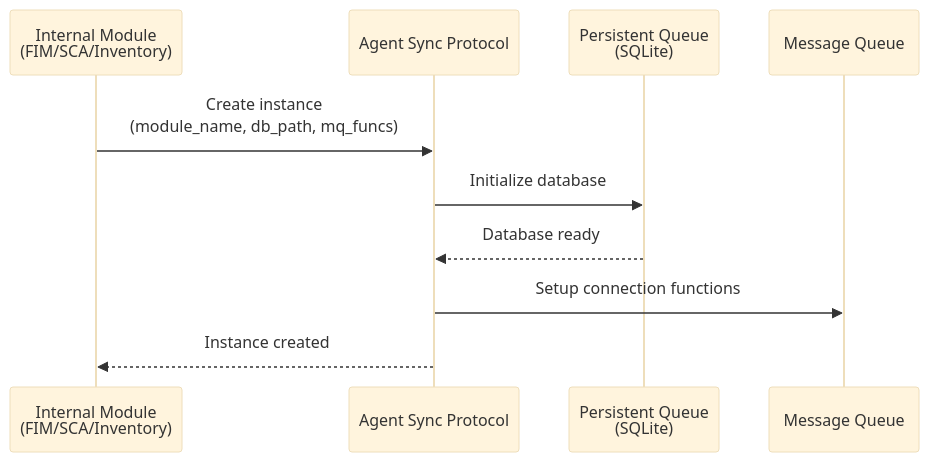
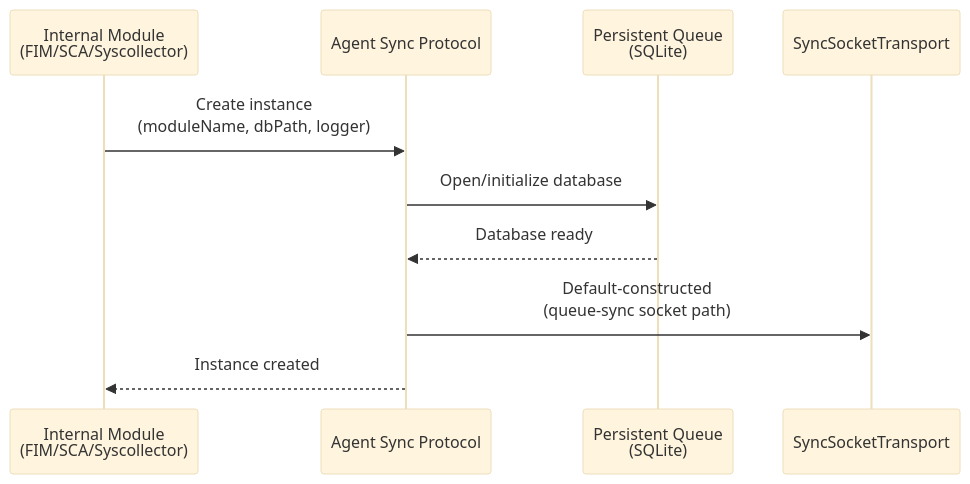
One commit to wazuh/wazuh changed the first of 12 diagrams in docs/ref/modules/utils/sync-protocol/sequence-diagrams.md. Above: the diagram before and after it, drawn with Mermaid (base theme). The commit also changed other lines of this file and 9 other files, not shown here.

````diff
--- a/docs/ref/modules/utils/sync-protocol/sequence-diagrams.md
+++ b/docs/ref/modules/utils/sync-protocol/sequence-diagrams.md
@@ -9,13 +18,13 @@
 ```mermaid
 sequenceDiagram
-    participant Module as Internal Module<br/>(FIM/SCA/Inventory)
+    participant Module as Internal Module<br/>(FIM/SCA/Syscollector)
     participant ASP as Agent Sync Protocol
     participant Queue as Persistent Queue<br/>(SQLite)
-    participant MQ as Message Queue
+    participant Transport as SyncSocketTransport
 
-    Module->>ASP: Create instance<br/>(module_name, db_path, mq_funcs)
-    ASP->>Queue: Initialize database
+    Module->>ASP: Create instance<br/>(moduleName, dbPath, logger)
+    ASP->>Queue: Open/initialize database
     Queue-->>ASP: Database ready
-    ASP->>MQ: Setup connection functions
+    ASP->>Transport: Default-constructed<br/>(queue-sync socket path)
     ASP-->>Module: Instance created
 ```
````
